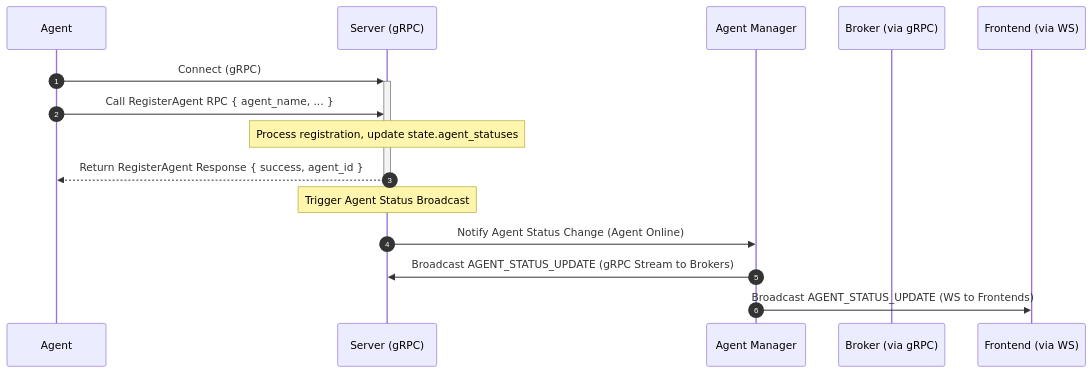
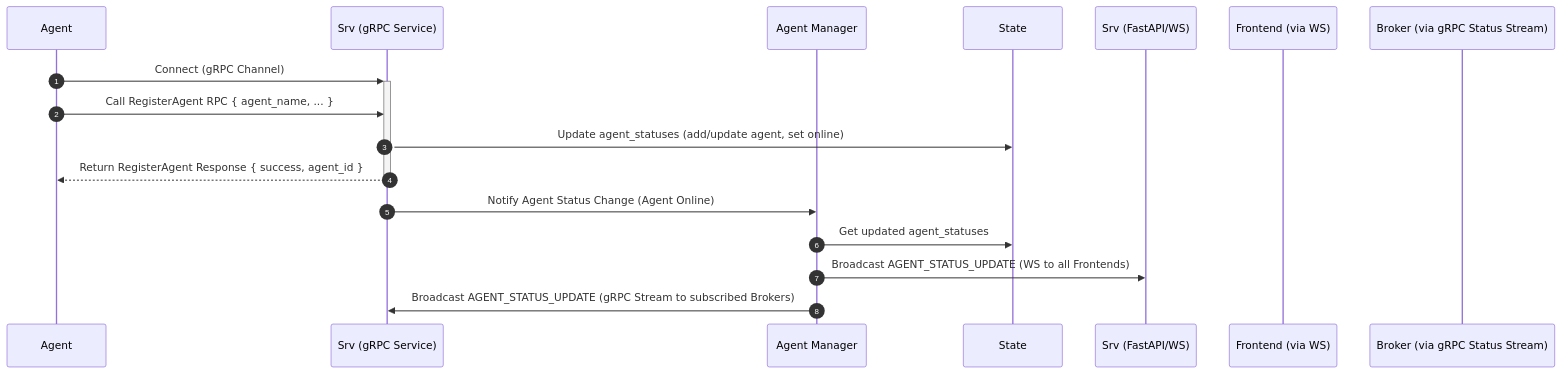
The second of 5 diagrams in server/README.md (jt-f/community), drawn with Mermaid before and after one commit. The commit also changed other lines of this file and 5 other files, not shown here.

````diff
--- a/server/README.md
+++ b/server/README.md
@@ -114,18 +116,20 @@
 ```mermaid
 sequenceDiagram
     autonumber
-    participant Agent as Agent
-    participant SrvGRPC as Server (gRPC)
+    participant Agent
+    participant SrvGRPC as Srv (gRPC Service)
     participant AgentMgr as Agent Manager
-    participant Broker as Broker (via gRPC)
+    participant State
+    participant SrvWS as Srv (FastAPI/WS)
     participant Frontend as Frontend (via WS)
+    participant Broker as Broker (via gRPC Status Stream)
 
-    Agent->>+SrvGRPC: Connect (gRPC)
+    Agent->>+SrvGRPC: Connect (gRPC Channel)
     Agent->>SrvGRPC: Call RegisterAgent RPC { agent_name, ... }
-    Note over SrvGRPC: Process registration, update state.agent_statuses
+    SrvGRPC->>State: Update agent_statuses (add/update agent, set online)
     SrvGRPC-->>-Agent: Return RegisterAgent Response { success, agent_id }
-    Note over SrvGRPC: Trigger Agent Status Broadcast
     SrvGRPC->>AgentMgr: Notify Agent Status Change (Agent Online)
-    AgentMgr->>SrvGRPC: Broadcast AGENT_STATUS_UPDATE (gRPC Stream to Brokers)
-    AgentMgr->>Frontend: Broadcast AGENT_STATUS_UPDATE (WS to Frontends)
+    AgentMgr->>State: Get updated agent_statuses
+    AgentMgr->>SrvWS: Broadcast AGENT_STATUS_UPDATE (WS to all Frontends)
+    AgentMgr->>SrvGRPC: Broadcast AGENT_STATUS_UPDATE (gRPC Stream to subscribed Brokers)
 ```
````
